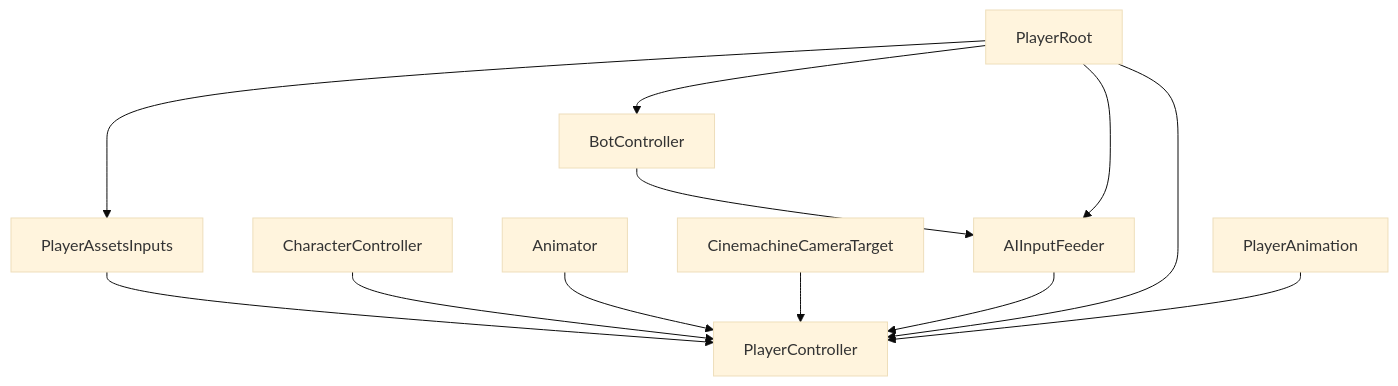
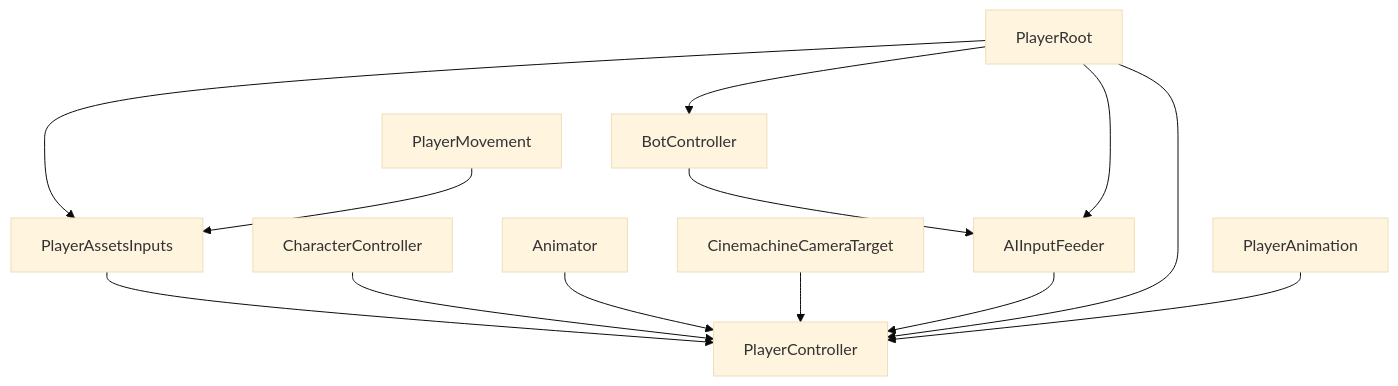
The eighth of 8 diagrams in .qoder/repowiki/en/content/Player System/Player Movement & Locomotion.md (kandeng/openclaw_battle_game), drawn with Mermaid (base theme) before and after one commit. The commit also changed other lines of this file and 20 other files, not shown here.

````diff
--- a/.qoder/repowiki/en/content/Player System/Player Movement & Locomotion.md
+++ b/.qoder/repowiki/en/content/Player System/Player Movement & Locomotion.md
@@ -300,14 +318,15 @@
 ```mermaid
 graph TB
 PAC["PlayerAssetsInputs"] --> PC["PlayerController"]
 CC["CharacterController"] --> PC
 ANIM["Animator"] --> PC
 CAM["CinemachineCameraTarget"] --> PC
 AIF["AIInputFeeder"] --> PC
 BM["BotController"] --> AIF
 PR["PlayerRoot"] --> PC
 PR --> BM
 PR --> PAC
 PR --> AIF
 PA["PlayerAnimation"] --> PC
+PM["PlayerMovement"] --> PAC
 ```
````
